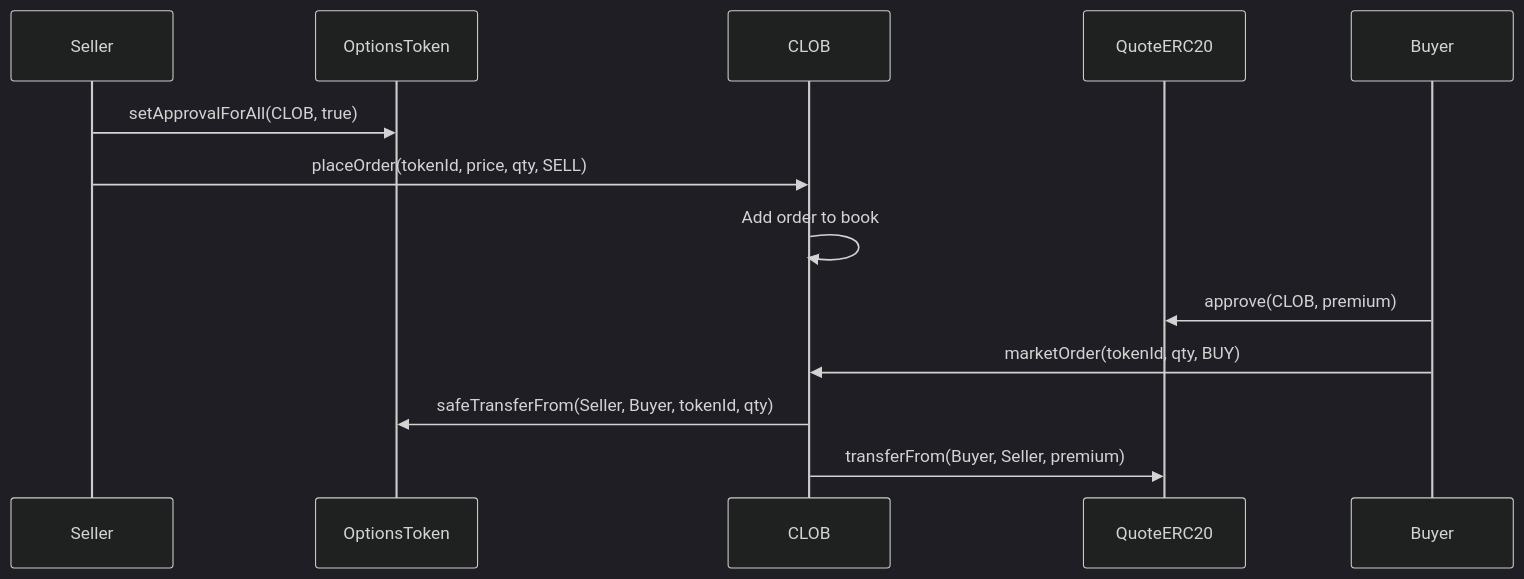
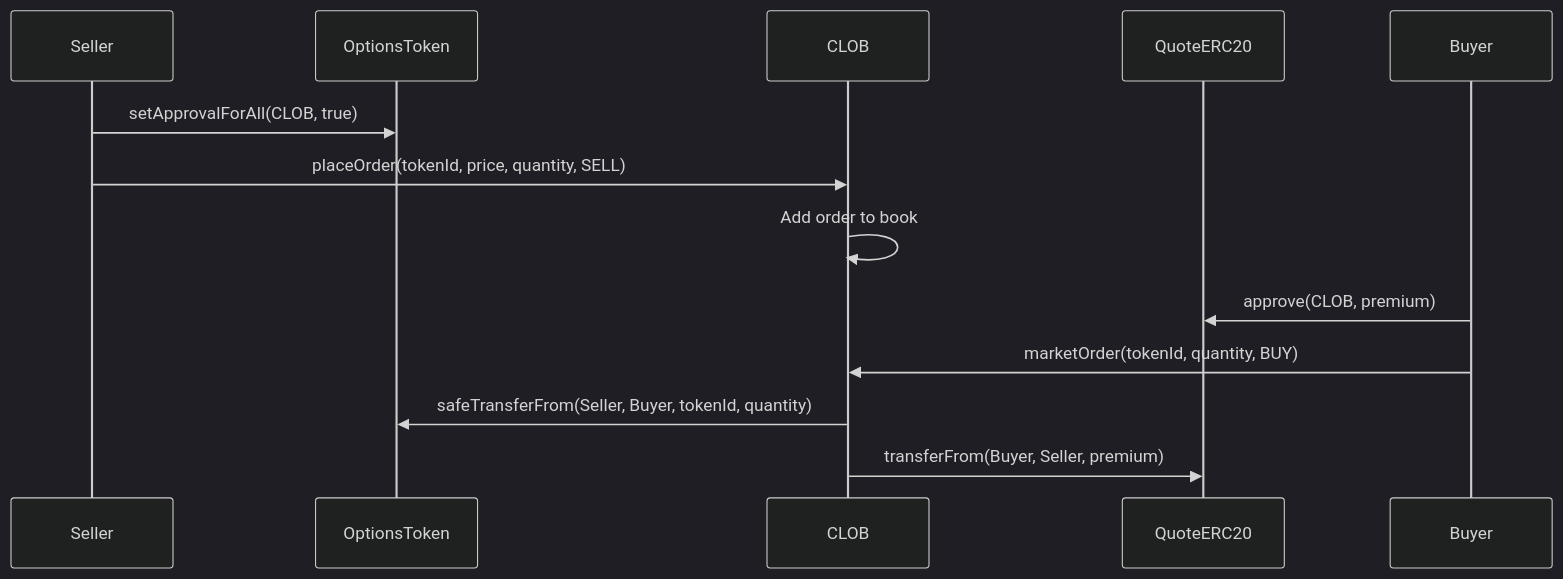
The fourth of 7 diagrams in SPEC.md (0xgleb/optional), drawn with Mermaid (dark theme) before and after one commit. The commit also changed other lines of this file, not shown here.

````diff
--- a/SPEC.md
+++ b/SPEC.md
@@ -268,17 +292,17 @@
 ```mermaid
 sequenceDiagram
     participant Seller
     participant OptionsToken
     participant CLOB
     participant QuoteERC20
     participant Buyer
     
     Seller->>OptionsToken: setApprovalForAll(CLOB, true)
-    Seller->>CLOB: placeOrder(tokenId, price, qty, SELL)
+    Seller->>CLOB: placeOrder(tokenId, price, quantity, SELL)
     CLOB->>CLOB: Add order to book
-    
+
     Buyer->>QuoteERC20: approve(CLOB, premium)
-    Buyer->>CLOB: marketOrder(tokenId, qty, BUY)
-    CLOB->>OptionsToken: safeTransferFrom(Seller, Buyer, tokenId, qty)
+    Buyer->>CLOB: marketOrder(tokenId, quantity, BUY)
+    CLOB->>OptionsToken: safeTransferFrom(Seller, Buyer, tokenId, quantity)
     CLOB->>QuoteERC20: transferFrom(Buyer, Seller, premium)
 ```
````
